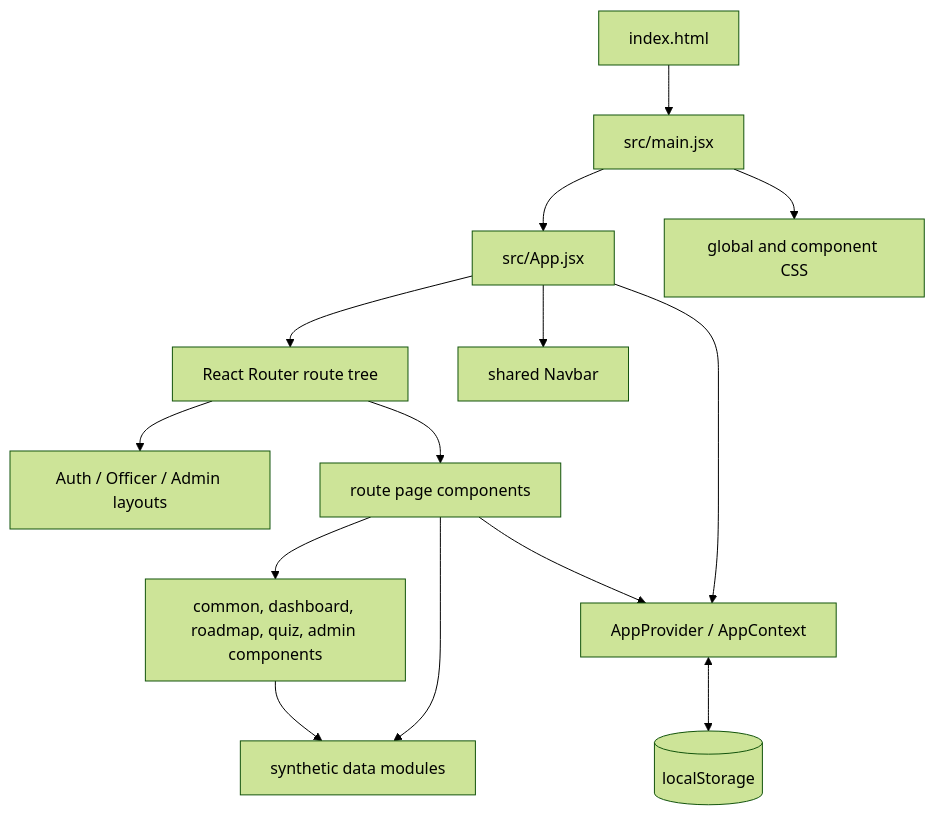
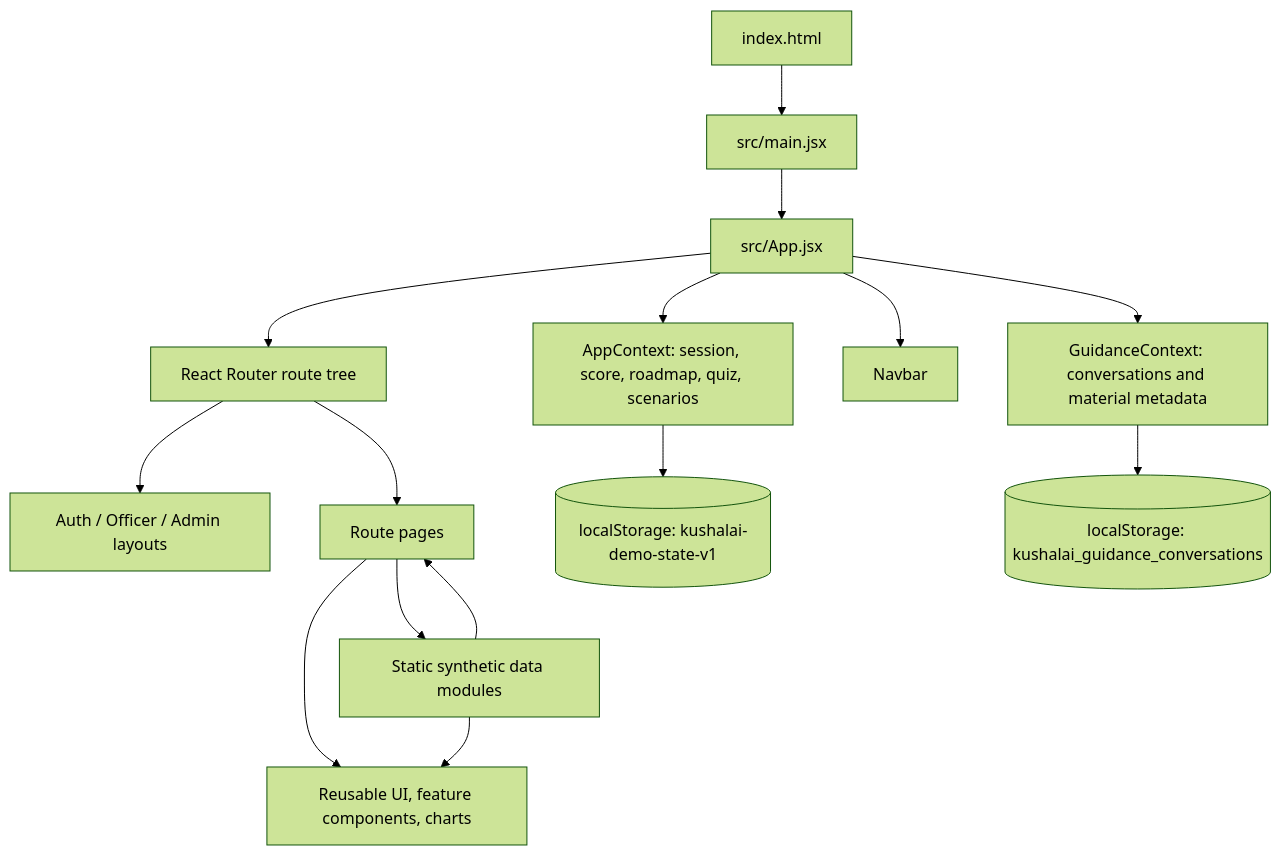
Before and after one commit to SaurabhLokhande2408/KushalAI: the first of 5 diagrams in UNDERSTANDING.md, drawn with Mermaid (forest theme). The commit also changed other lines of this file and 28 other files, not shown here.

````diff
--- a/UNDERSTANDING.md
+++ b/UNDERSTANDING.md
@@ -15,16 +13,17 @@
 ```mermaid
 flowchart TD
   HTML[index.html] --> MAIN[src/main.jsx]
   MAIN --> APP[src/App.jsx]
-  MAIN --> CSS[global and component CSS]
-  APP --> PROVIDER[AppProvider / AppContext]
+  APP --> AC[AppContext: session, score, roadmap, quiz, scenarios]
+  APP --> GC[GuidanceContext: conversations and material metadata]
+  APP --> NAV[Navbar]
   APP --> ROUTES[React Router route tree]
-  APP --> NAV[shared Navbar]
   ROUTES --> LAYOUTS[Auth / Officer / Admin layouts]
-  ROUTES --> PAGES[route page components]
-  PAGES --> COMPONENTS[common, dashboard, roadmap, quiz, admin components]
-  PAGES --> DATA[synthetic data modules]
-  COMPONENTS --> DATA
-  PROVIDER <--> STORAGE[(localStorage)]
-  PAGES --> PROVIDER
+  ROUTES --> PAGES[Route pages]
+  PAGES --> COMPONENTS[Reusable UI, feature components, charts]
+  PAGES --> DATA[Static synthetic data modules]
+  AC --> LS[(localStorage: kushalai-demo-state-v1)]
+  GC --> LS2[(localStorage: kushalai_guidance_conversations)]
+  DATA --> PAGES
+  DATA --> COMPONENTS
 ```
````
